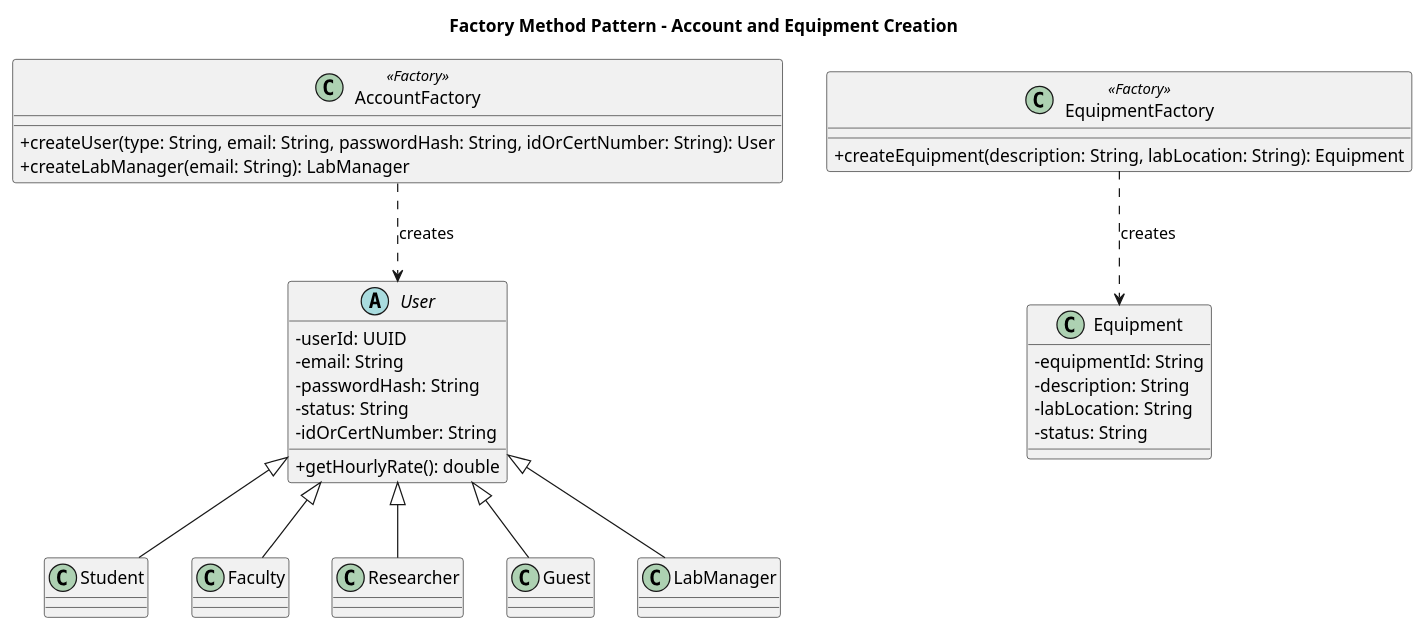
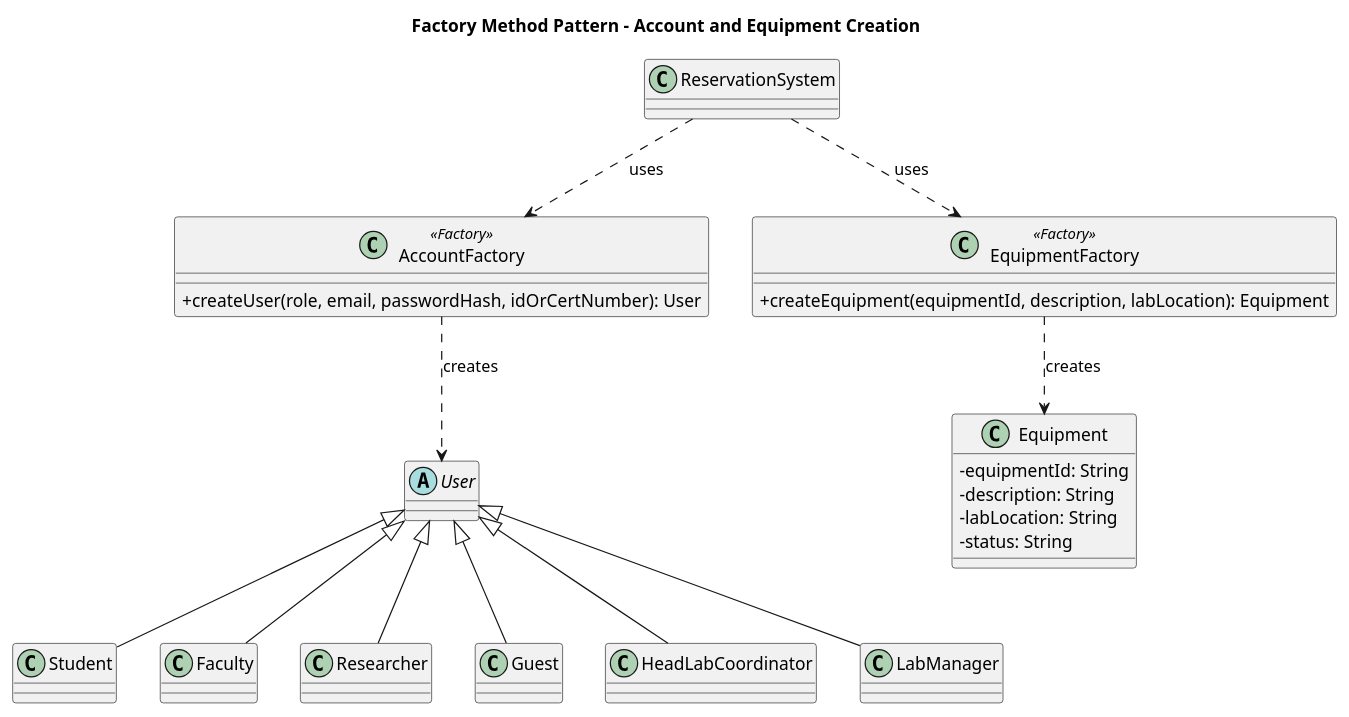
Before and after one commit to Decpalm/EECS_3311_Reservation_System: the diagram in diagrams/plantuml/figure3_factory.puml, drawn with PlantUML.

```diff
--- a/diagrams/plantuml/figure3_factory.puml
+++ b/diagrams/plantuml/figure3_factory.puml
@@ -1,46 +1,43 @@
 @startuml
 title Factory Method Pattern - Account and Equipment Creation
 
 skinparam classAttributeIconSize 0
 skinparam shadowing false
 
-abstract class User {
-  - userId: UUID
-  - email: String
-  - passwordHash: String
-  - status: String
-  - idOrCertNumber: String
-  + getHourlyRate(): double
-}
-
+abstract class User
 class Student
 class Faculty
 class Researcher
 class Guest
+class HeadLabCoordinator
 class LabManager
+
+User <|-- Student
+User <|-- Faculty
+User <|-- Researcher
+User <|-- Guest
+User <|-- HeadLabCoordinator
+User <|-- LabManager
 
 class Equipment {
   - equipmentId: String
   - description: String
   - labLocation: String
   - status: String
 }
 
 class AccountFactory <<Factory>> {
-  + createUser(type: String, email: String, passwordHash: String, idOrCertNumber: String): User
-  + createLabManager(email: String): LabManager
+  + createUser(role, email, passwordHash, idOrCertNumber): User
 }
 
 class EquipmentFactory <<Factory>> {
-  + createEquipment(description: String, labLocation: String): Equipment
+  + createEquipment(equipmentId, description, labLocation): Equipment
 }
 
-User <|-- Student
-User <|-- Faculty
-User <|-- Researcher
-User <|-- Guest
-User <|-- LabManager
+class ReservationSystem
 
 AccountFactory ..> User : creates
 EquipmentFactory ..> Equipment : creates
+ReservationSystem ..> AccountFactory : uses
+ReservationSystem ..> EquipmentFactory : uses
 @enduml
```
